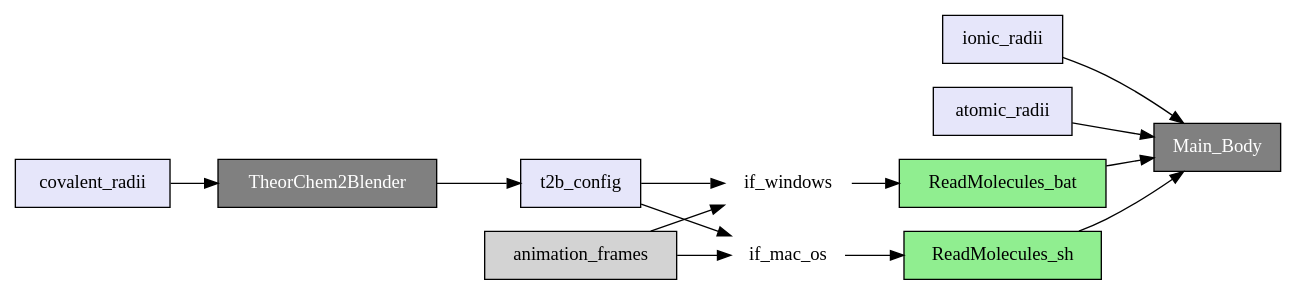
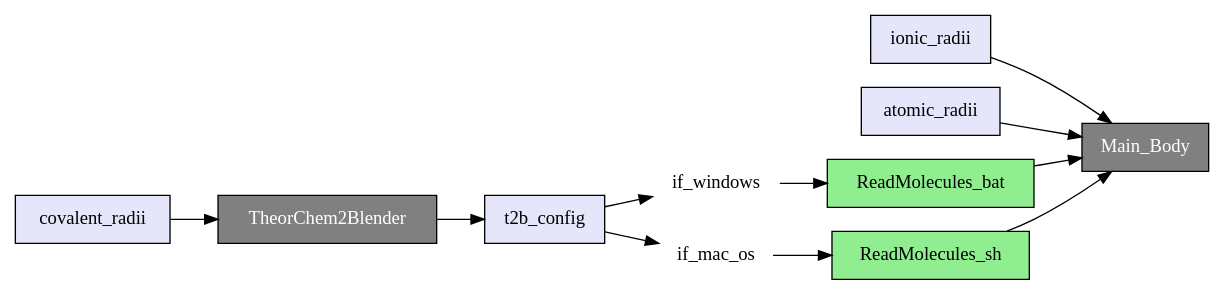
Before and after one commit to eecheve/Gaussian-2-Blender: the first of 3 diagrams in docs/components.rst, drawn with Graphviz. The commit also changed other lines of this file, not shown here.

First line of the commit message:
Components diagram updated

```diff
--- a/docs/components.rst
+++ b/docs/components.rst
@@ -15,39 +15,36 @@
 .. graphviz::
 
    digraph Outline {
          rankdir = LR;
          node [shape=box, style=filled];
 
          Main_Body [fillcolor=gray, fontcolor=white, color=black, style=filled, shape=box];
          TheorChem2Blender [fillcolor=gray, fontcolor=white, color=black, style=filled, shape=box];
          
          covalent_radii [fillcolor=lavender];
          ionic_radii [fillcolor=lavender];
          atomic_radii [fillcolor=lavender];
 
          t2b_config [fillcolor=lavender];
 
          ReadMolecules_bat [fillcolor=lightgreen];
          ReadMolecules_sh [fillcolor=lightgreen];
 
          if_windows [shape=box, style=filled, fillcolor=white, color=white];
          if_mac_os [shape=box, style=filled, fillcolor=white, color=white];
 
          covalent_radii -> TheorChem2Blender;
          
          TheorChem2Blender -> t2b_config;
 
-         animation_frames -> if_windows;
-         animation_frames -> if_mac_os;
-
          t2b_config -> if_windows;
          t2b_config -> if_mac_os;
 
          if_windows -> ReadMolecules_bat;
          if_mac_os -> ReadMolecules_sh;
 
          ReadMolecules_bat -> Main_Body;
          ReadMolecules_sh -> Main_Body;
          ionic_radii -> Main_Body;
          atomic_radii -> Main_Body;
    }
```
